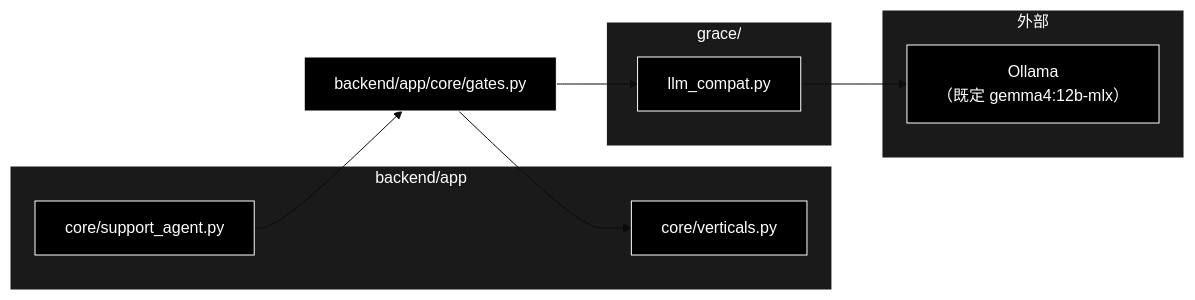
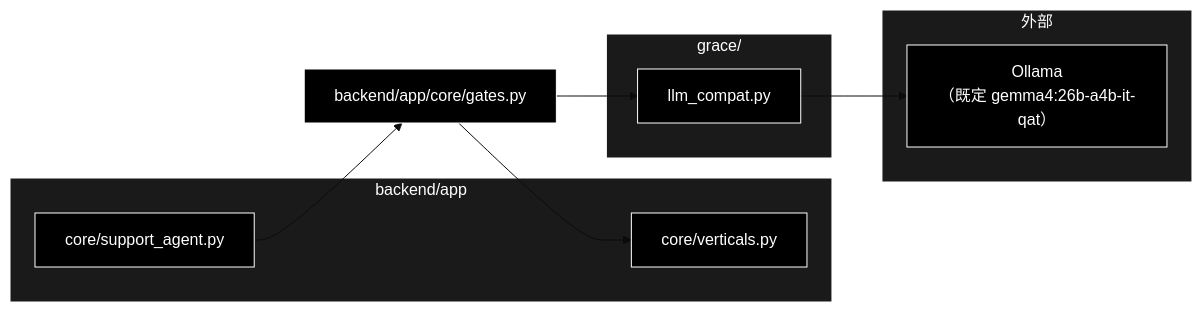
Before and after one commit to nakashima2toshio/grace_v2_local: the fourth of 4 diagrams in backend/docs/reference/core_gates.md, drawn with Mermaid (base theme). The commit also changed other lines of this file and 36 other files, not shown here.

````diff
--- a/backend/docs/reference/core_gates.md
+++ b/backend/docs/reference/core_gates.md
@@ -1497,28 +1498,28 @@
 ```mermaid
 flowchart LR
     GATES["backend/app/core/gates.py"]
 
     subgraph BACKEND["backend/app"]
         SA["core/support_agent.py"]
         VERT["core/verticals.py"]
     end
 
     subgraph GRACE["grace/"]
         LC["llm_compat.py"]
     end
 
     subgraph EXT["外部"]
-        OLLAMA["Ollama<br>（既定 gemma4:12b-mlx）"]
+        OLLAMA["Ollama<br>（既定 gemma4:26b-a4b-it-qat）"]
     end
 
     SA --> GATES
     GATES --> VERT
     GATES --> LC
     LC --> OLLAMA
 classDef default fill:#000,stroke:#fff,color:#fff
 classDef subgraphStyle fill:#1a1a1a,stroke:#fff,color:#fff
 class GATES,SA,VERT,LC,OLLAMA default
 style BACKEND fill:#1a1a1a,stroke:#fff,color:#fff
 style GRACE fill:#1a1a1a,stroke:#fff,color:#fff
 style EXT fill:#1a1a1a,stroke:#fff,color:#fff
 ```
````
